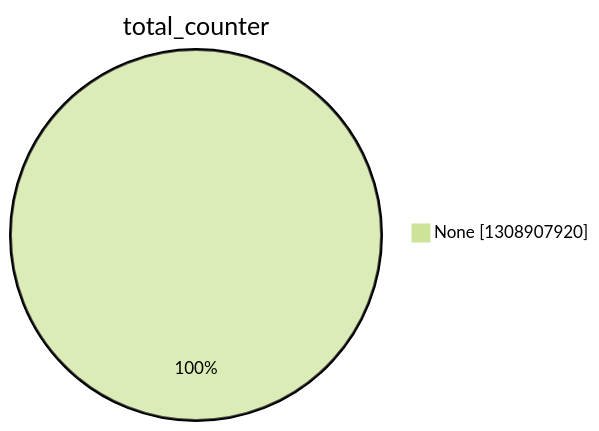
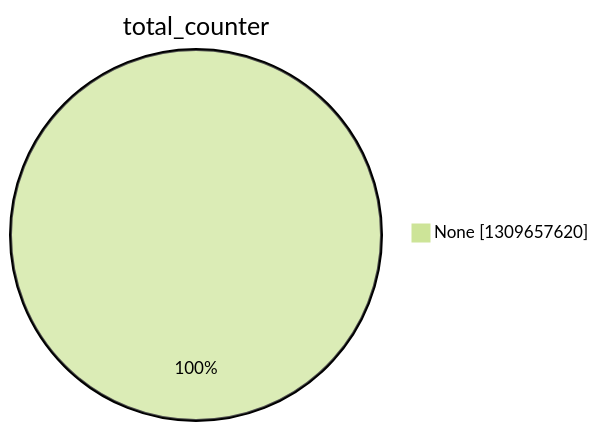
Before and after one commit to christiankrug/ctmonitor_visualization: the second of 15 diagrams in argon2022/README.md, drawn with Mermaid (forest theme). The commit also changed other lines of this file, not shown here.

````diff
--- a/argon2022/README.md
+++ b/argon2022/README.md
@@ -9,5 +9,5 @@
 ```mermaid
 pie showData
 title total_counter
-"None" :1308907920
+"None" :1309657620
 ```
````
